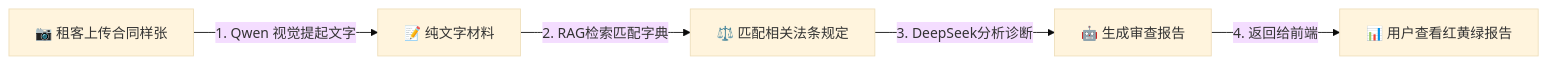
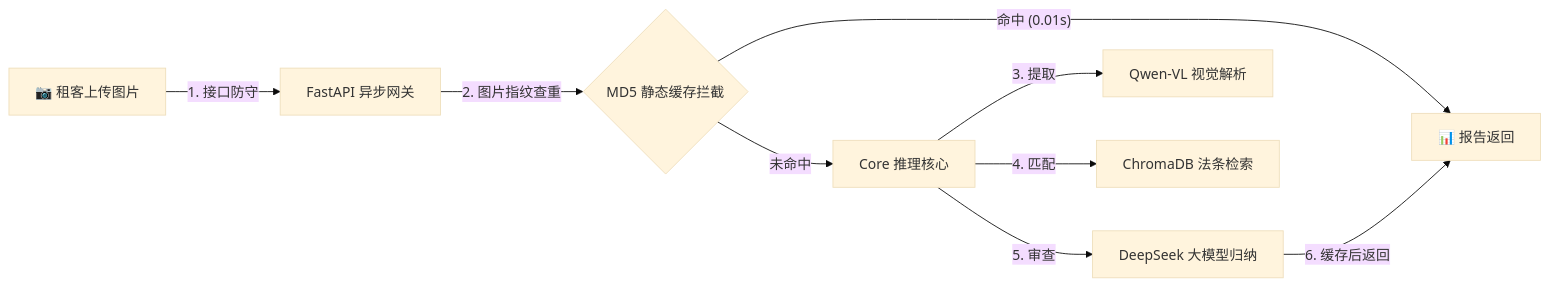
One commit to KardeniaPoyu/MiniRAGuard changed the diagram in docs/Product_Overview.md. Above: the diagram before and after it, drawn with Mermaid (base theme). The commit also changed other lines of this file and 2 other files, not shown here.

````diff
--- a/docs/Product_Overview.md
+++ b/docs/Product_Overview.md
@@ -24,7 +29,11 @@
 ```mermaid
 graph LR
-    A[📷 租客上传合同样张] -->|1. Qwen 视觉提起文字| B[📝 纯文字材料]
-    B -->|2. RAG检索匹配字典| C[⚖️ 匹配相关法条规定]
-    C -->|3. DeepSeek分析诊断| D[🤖 生成审查报告]
-    D -->|4. 返回给前端| E[📊 用户查看红黄绿报告]
+    A[📷 租客上传图片] -->|1. 接口防守| B[FastAPI 异步网关]
+    B -->|2. 图片指纹查重| C{MD5 静态缓存拦截}
+    C -- 命中 (0.01s) --> G[📊 报告返回]
+    C -- 未命中 --> D[Core 推理核心]
+    D -->|3. 提取| D1[Qwen-VL 视觉解析]
+    D -->|4. 匹配| D2[ChromaDB 法条检索]
+    D -->|5. 审查| D3[DeepSeek 大模型归纳]
+    D3 -->|6. 缓存后返回| G
 ```
````
